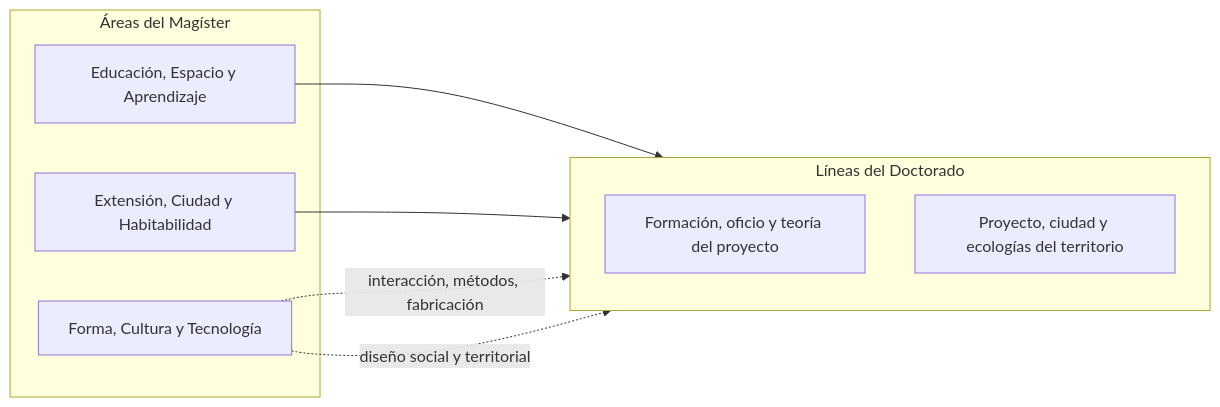
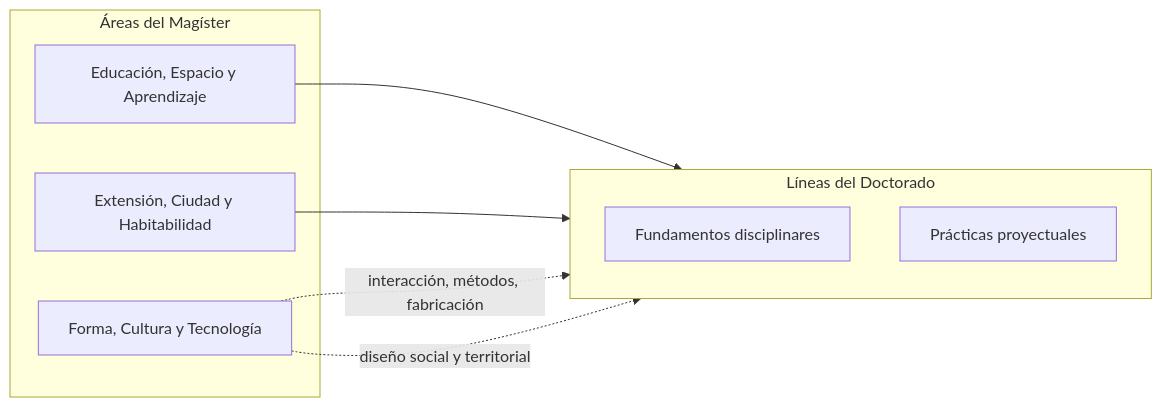
The first of 3 diagrams in doctorado-programa.md (eadpucv/investigacion-ead), drawn with Mermaid before and after one commit. The commit also changed other lines of this file and 10 other files, not shown here.

First line of the commit message:
Líneas: Fundamentos disciplinares / Prácticas proyectuales; proyectos y comparación

````diff
--- a/doctorado-programa.md
+++ b/doctorado-programa.md
@@ -36,17 +36,17 @@
 ```mermaid
 flowchart LR
     subgraph MAG[Áreas del Magíster]
         EAA[Educación, Espacio y Aprendizaje]
         ECH[Extensión, Ciudad y Habitabilidad]
         FCT[Forma, Cultura y Tecnología]
     end
     subgraph DOC[Líneas del Doctorado]
         direction TB
-        L1[Formación, oficio y teoría del proyecto]
-        L2[Proyecto, ciudad y ecologías del territorio]
+        L1[Fundamentos disciplinares]
+        L2[Prácticas proyectuales]
     end
     EAA --> L1
     ECH --> L2
     FCT -. interacción, métodos, fabricación .-> L1
     FCT -. diseño social y territorial .-> L2
 ```
````
